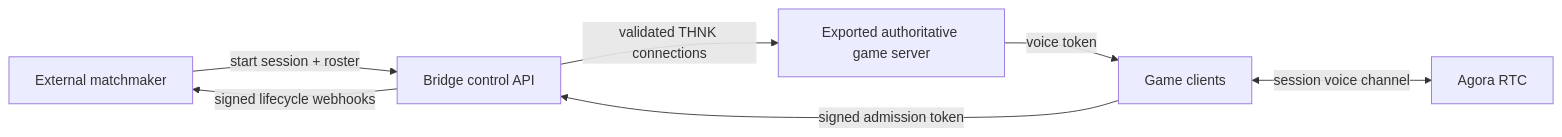
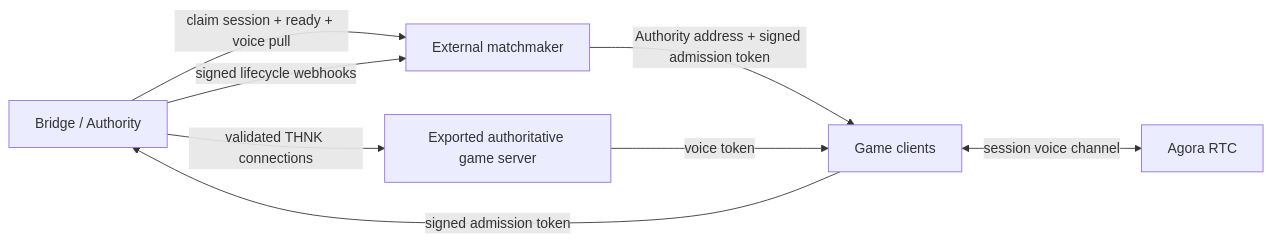
Before and after one commit to Faithfultennyson-ESEGAMES/THNK: the diagram in THNK-Implementation-Plan.md, drawn with Mermaid. The commit also changed other lines of this file and 22 other files, not shown here.

````diff
--- a/THNK-Implementation-Plan.md
+++ b/THNK-Implementation-Plan.md
@@ -37,9 +52,10 @@
 ```mermaid
 flowchart LR
-    MM[External matchmaker] -->|start session + roster| BR[Bridge control API]
-    CL[Game clients] -->|signed admission token| BR
+    BR[Bridge / Authority] -->|claim session + ready + voice pull| MM[External matchmaker]
+    MM -->|Authority address + signed admission token| CL[Game clients]
+    CL -->|signed admission token| BR
     BR -->|validated THNK connections| GS[Exported authoritative game server]
     BR -->|signed lifecycle webhooks| MM
     GS -->|voice token| CL
     CL <-->|session voice channel| AG[Agora RTC]
 ```
````
